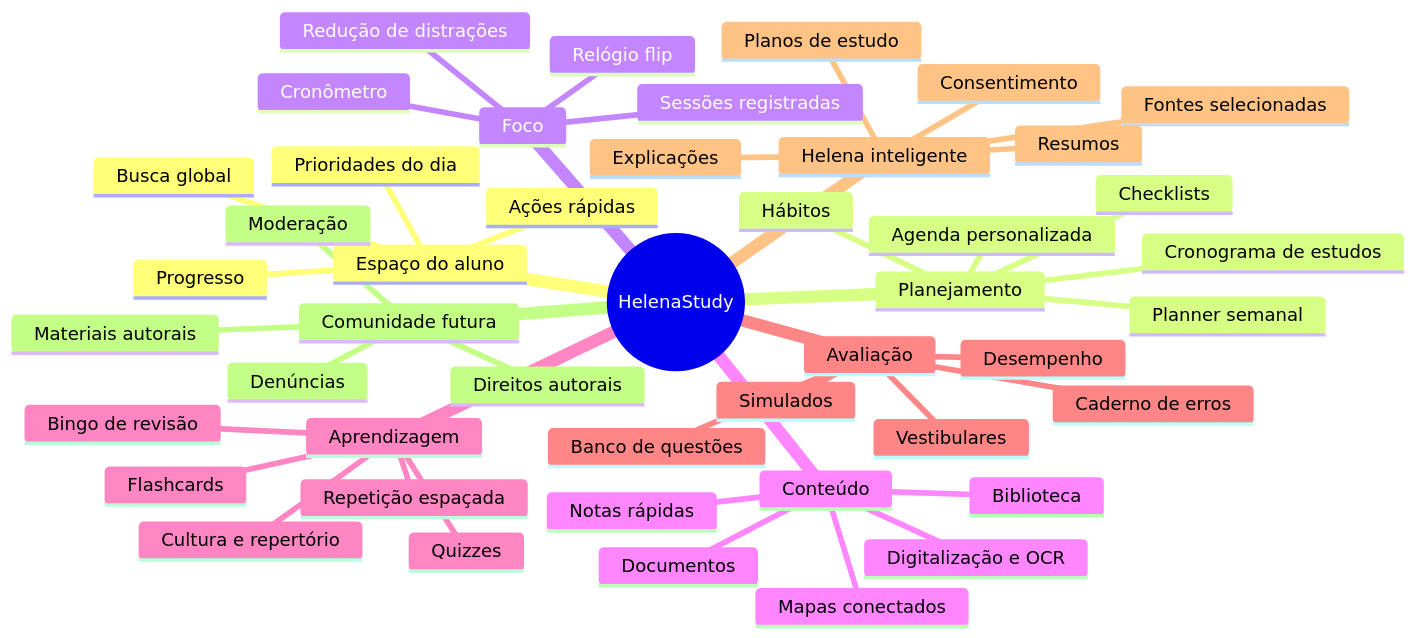
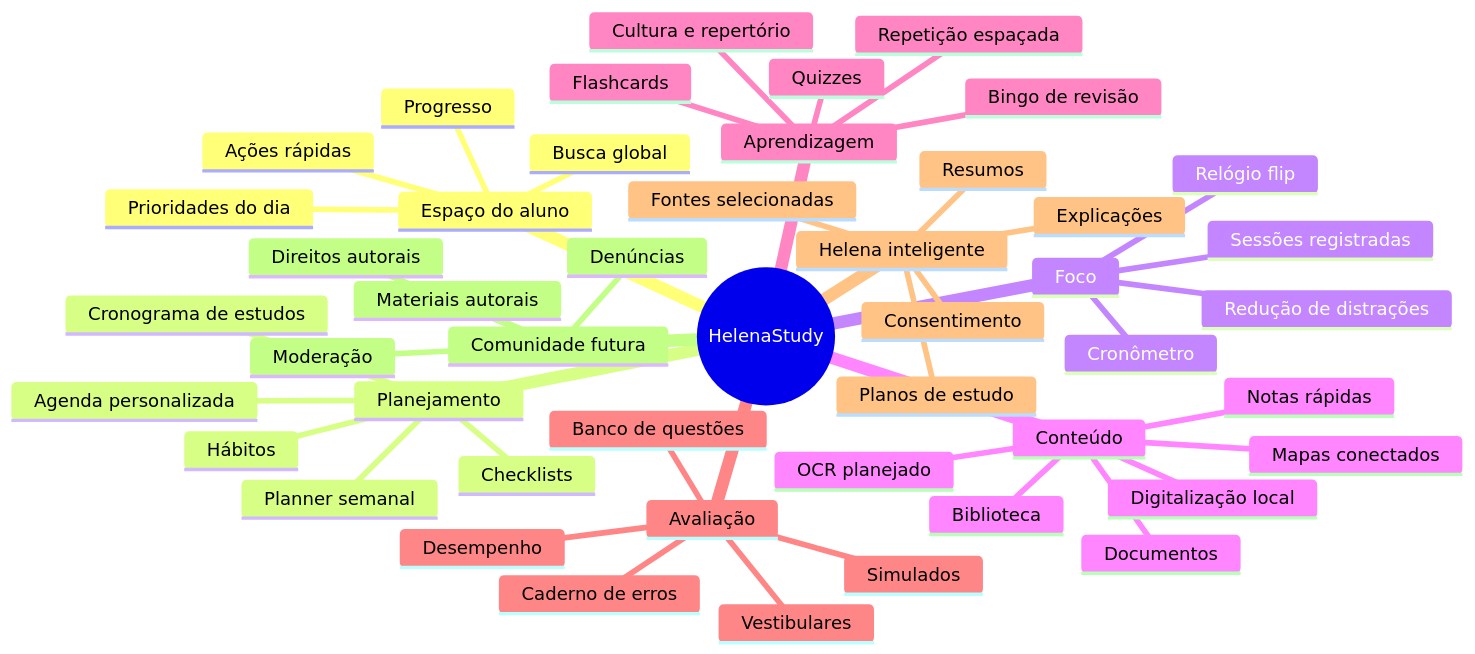
Before and after one commit to olive644/helenastudy: the first of 2 diagrams in docs/PRODUCT_MIND_MAP.md, drawn with Mermaid. The commit also changed 19 other files, not shown here.

````diff
--- a/docs/PRODUCT_MIND_MAP.md
+++ b/docs/PRODUCT_MIND_MAP.md
@@ -6,49 +6,50 @@
 ```mermaid
 mindmap
   root((HelenaStudy))
     Espaço do aluno
       Prioridades do dia
       Progresso
       Ações rápidas
       Busca global
     Planejamento
       Agenda personalizada
       Cronograma de estudos
       Planner semanal
       Checklists
       Hábitos
     Foco
       Cronômetro
       Relógio flip
       Sessões registradas
       Redução de distrações
     Conteúdo
       Biblioteca
       Documentos
       Notas rápidas
-      Digitalização e OCR
+      Digitalização local
+      OCR planejado
       Mapas conectados
     Aprendizagem
       Flashcards
       Repetição espaçada
       Quizzes
       Bingo de revisão
       Cultura e repertório
     Avaliação
       Vestibulares
       Banco de questões
       Simulados
       Caderno de erros
       Desempenho
     Helena inteligente
       Fontes selecionadas
       Resumos
       Explicações
       Planos de estudo
       Consentimento
     Comunidade futura
       Materiais autorais
       Moderação
       Denúncias
       Direitos autorais
 ```
````
